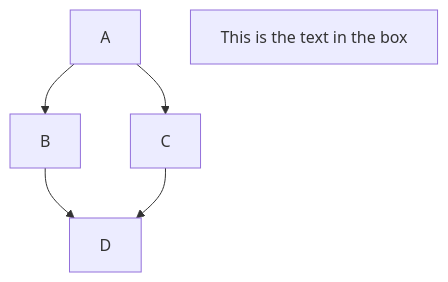
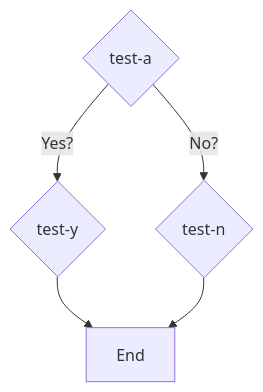
The diagram in README.md (ch3ll0v3k/ch3ll0v3k.github.io), drawn with Mermaid before and after one commit.

Commit message:
"mermaid flowchart/flowchart test"

````diff
--- a/README.md
+++ b/README.md
@@ -4,8 +4,7 @@
 ```mermaid
 flowchart TD;
-  A --> B;
-  A --> C;
-  B --> D;
-  C --> D;
-  id1[This is the text in the box];
+  A{test-a} -- Yes? --> Y{test-y};
+  A{test-a} -- No? --> N{test-n};
+  Y --> End;
+  N --> End;
 ```
````
